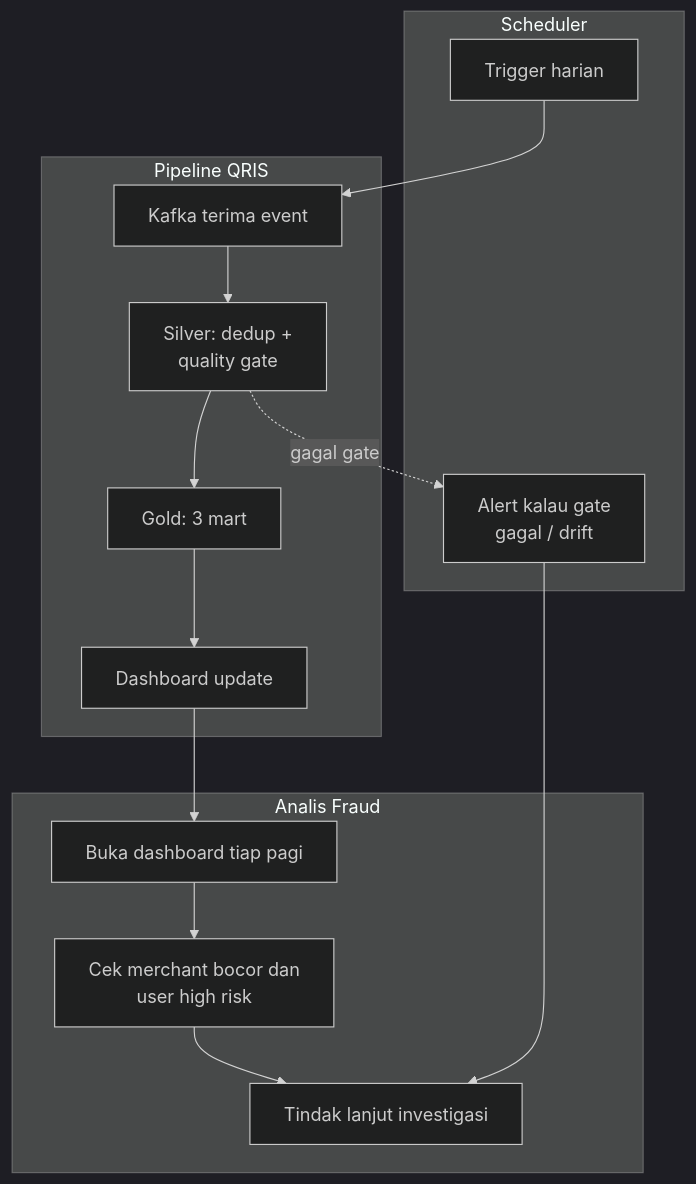
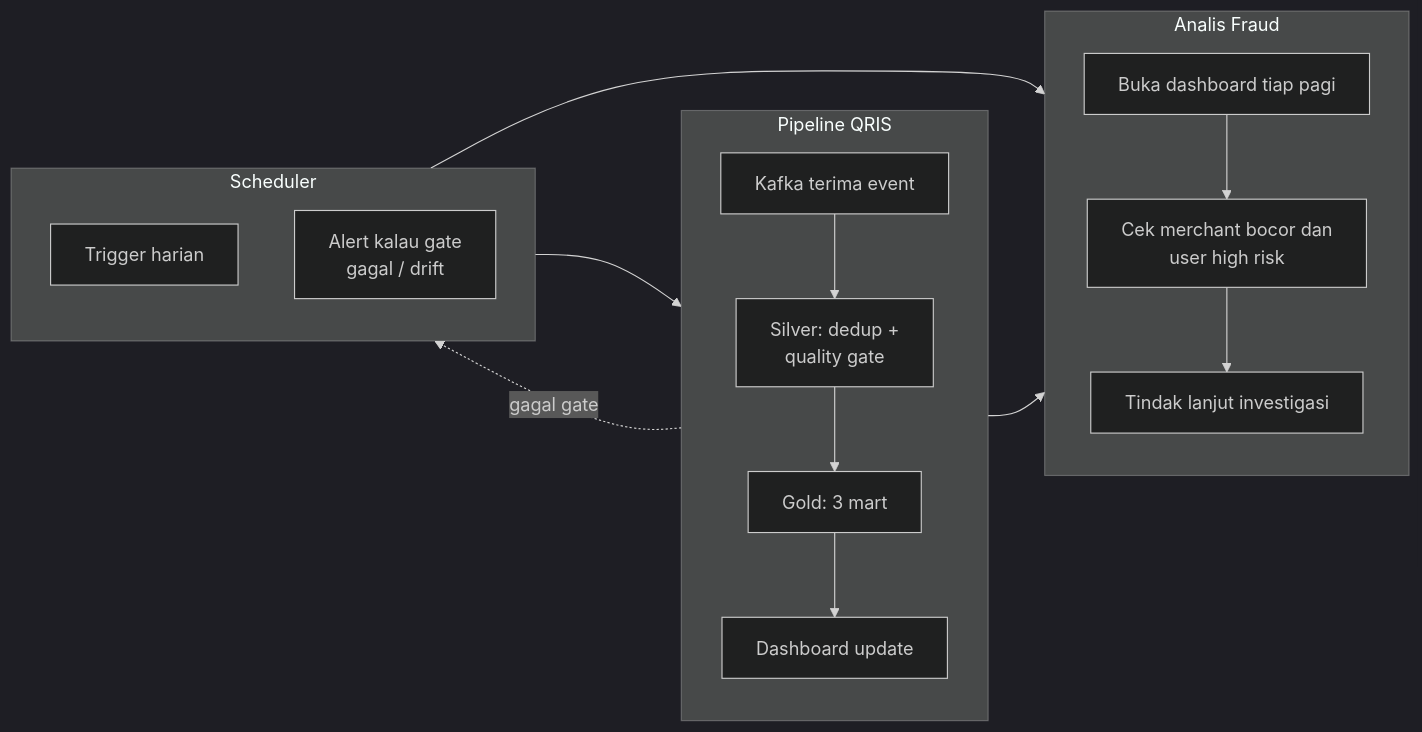
The diagram in docs/flows.md (wardalxndr/qris-streaming-lakehouse), drawn with Mermaid (dark theme) before and after one commit. The commit also changed other lines of this file, not shown here.

Commit message:
Docs: swimlane to left middle right

````diff
--- a/docs/flows.md
+++ b/docs/flows.md
@@ -3,21 +3,24 @@
 ```mermaid
-flowchart TB
+flowchart LR
     subgraph Analis [Analis Fraud]
+        direction TB
         A1["Buka dashboard tiap pagi"]
         A2["Cek merchant bocor dan\nuser high risk"]
         A3["Tindak lanjut investigasi"]
     end
     subgraph Sistem [Pipeline QRIS]
+        direction TB
         S1["Kafka terima event"]
         S2["Silver: dedup +\nquality gate"]
         S3["Gold: 3 mart"]
         S4["Dashboard update"]
     end
     subgraph Scheduler [Scheduler]
+        direction TB
         T1["Trigger harian"]
         T2["Alert kalau gate\ngagal / drift"]
     end
     A1 --> A2 --> A3
     T1 --> S1 --> S2 --> S3 --> S4 --> A1
     S2 -. "gagal gate" .-> T2 --> A3
 ```
````
